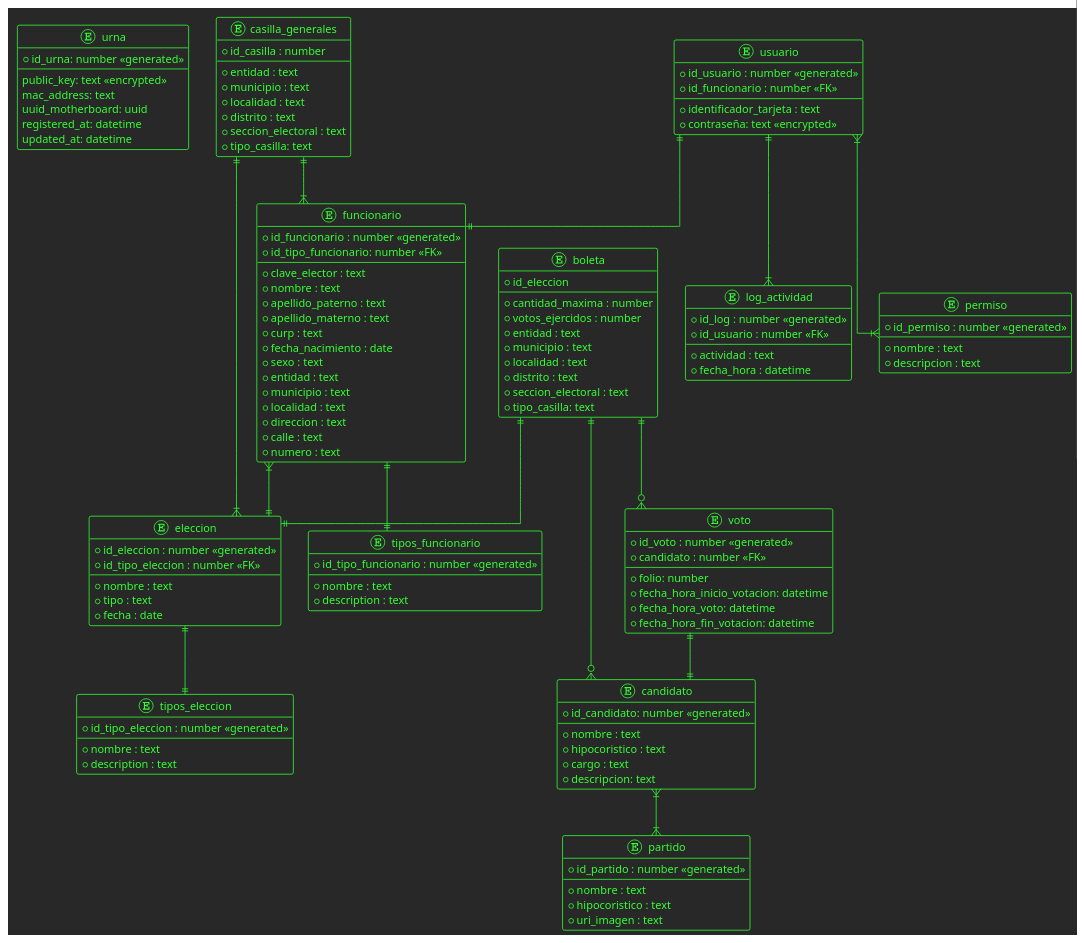
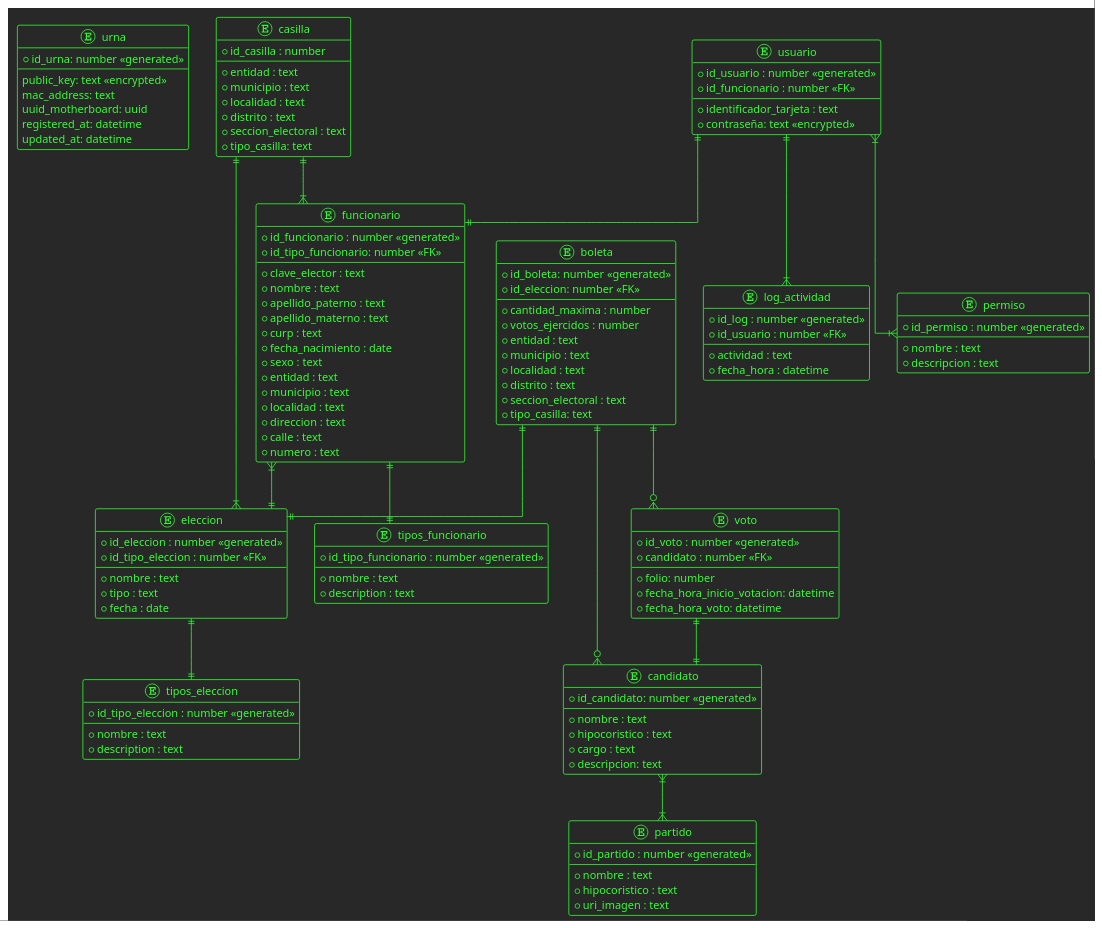
Before and after one commit to EkBalam/urna_electronica: the diagram in documentacion/diagrams/database.puml, drawn with PlantUML. The commit also changed 4 other files, not shown here.

```diff
--- a/documentacion/diagrams/database.puml
+++ b/documentacion/diagrams/database.puml
@@ -1,148 +1,148 @@
 @startuml
 
 !theme crt-green
 
 skinparam linetype ortho
 
 entity urna {
     * id_urna: number <<generated>>
     --
     public_key: text <<encrypted>>
     mac_address: text
     uuid_motherboard: uuid
     registered_at: datetime
     updated_at: datetime
 }
 
-entity casilla_generales{
+entity casilla{
     * id_casilla : number
     --
     * entidad : text
     * municipio : text
     * localidad : text
     * distrito : text
     * seccion_electoral : text
     * tipo_casilla: text
 }
 
 entity usuario{
     * id_usuario : number <<generated>>
     * id_funcionario : number <<FK>>
     --
     * identificador_tarjeta : text
     * contraseña: text <<encrypted>>
 }
 
 entity permiso{
     * id_permiso : number <<generated>>
     --
     * nombre : text
     * descripcion : text
 }
 
 entity funcionario{
     * id_funcionario : number <<generated>>
     * id_tipo_funcionario: number <<FK>>
     --
     * clave_elector : text
     * nombre : text
     * apellido_paterno : text
     * apellido_materno : text
     * curp : text
     * fecha_nacimiento : date
     * sexo : text
     * entidad : text
     * municipio : text
     * localidad : text
     * direccion : text
     * calle : text
     * numero : text
 }
 
 entity tipos_funcionario{
     * id_tipo_funcionario : number <<generated>>
     --
     * nombre : text
     * description : text
 }
 
 entity eleccion {
     * id_eleccion : number <<generated>>
     * id_tipo_eleccion : number <<FK>>
     --
     * nombre : text
     * tipo : text        
     * fecha : date
 }
 
 entity tipos_eleccion{
     * id_tipo_eleccion : number <<generated>>
     --
     * nombre : text
     * description : text
 }
 
 
 entity boleta{
-    * id_eleccion
+    * id_boleta: number <<generated>>
+    * id_eleccion: number <<FK>>
     --
     * cantidad_maxima : number
     * votos_ejercidos : number
     * entidad : text
     * municipio : text
     * localidad : text
     * distrito : text
     * seccion_electoral : text
     * tipo_casilla: text
 }
 
 entity voto{
     * id_voto : number <<generated>>
     * candidato : number <<FK>>
     --
     * folio: number
     * fecha_hora_inicio_votacion: datetime
     * fecha_hora_voto: datetime
-    * fecha_hora_fin_votacion: datetime
 }
 
 entity candidato{
     * id_candidato: number <<generated>>
     --
     * nombre : text
     * hipocoristico : text
     * cargo : text
     * descripcion: text
 }
 
 entity partido{
     * id_partido : number <<generated>>
     --
     * nombre : text
     * hipocoristico : text
     * uri_imagen : text
 }
 
 entity log_actividad{
     * id_log : number <<generated>>
     * id_usuario : number <<FK>>
     --
     * actividad : text
     * fecha_hora : datetime
 }
 
 usuario }|--|{ permiso
 usuario ||--|| funcionario
 funcionario ||--|| tipos_funcionario
 funcionario }|--|| eleccion
 eleccion ||--|| tipos_eleccion
 boleta ||--|| eleccion
 boleta ||--o{ candidato
 boleta ||--o{ voto
 voto ||--|| candidato
 candidato }|--|{ partido
-casilla_generales ||--|{ funcionario
-casilla_generales ||--|{ eleccion
+casilla ||--|{ funcionario
+casilla ||--|{ eleccion
 usuario ||--|{ log_actividad
 
 @enduml
```
